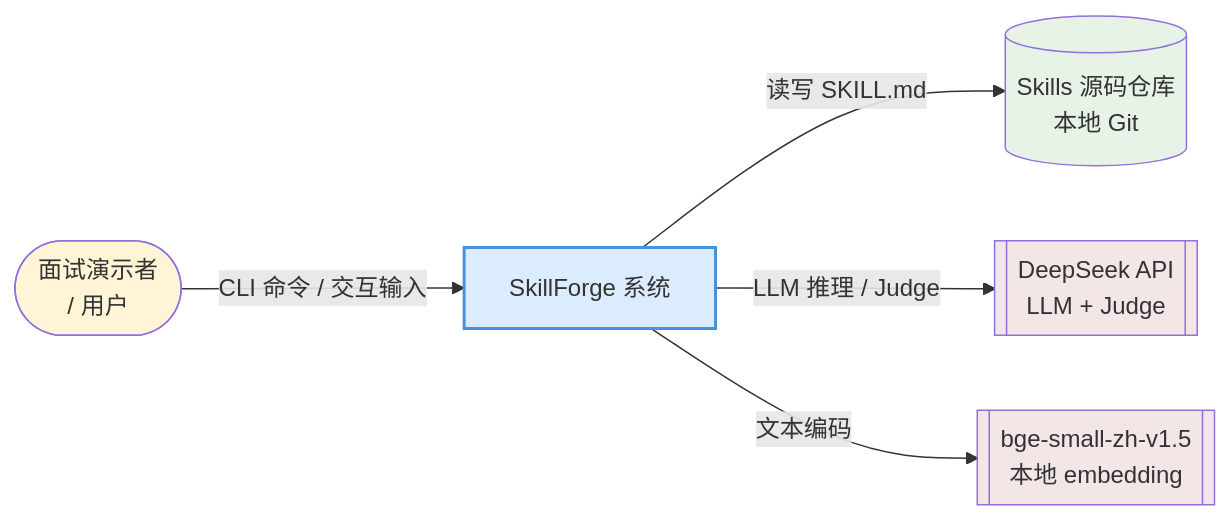
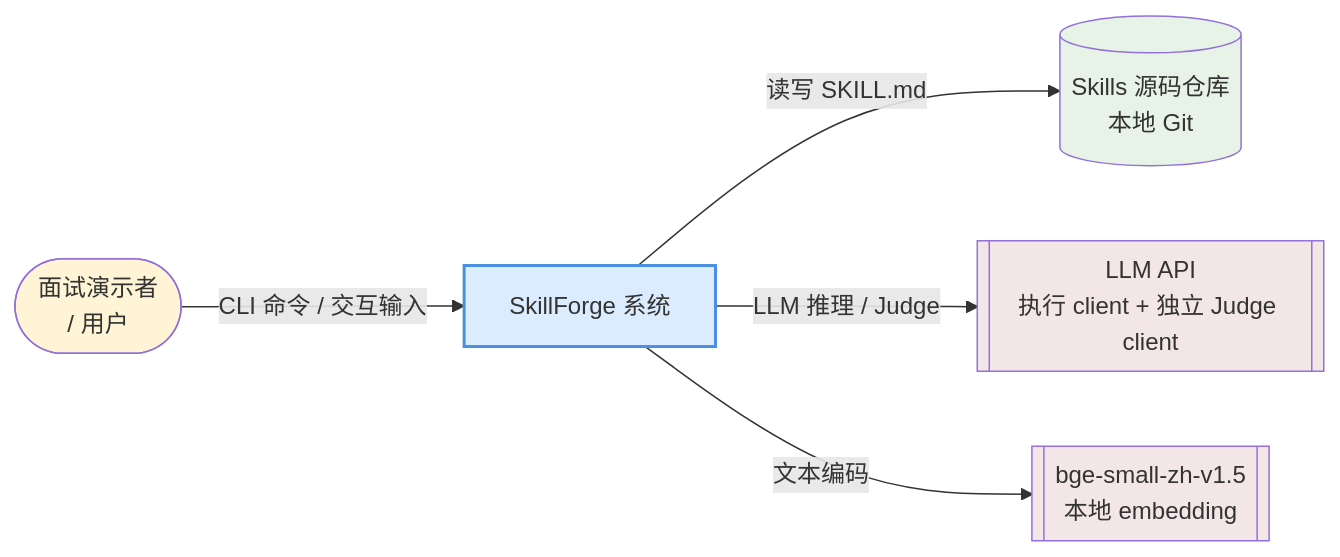
The first of 8 diagrams in ARCHITECTURE.md (SuperGODOG/skillforge), drawn with Mermaid before and after one commit. The commit also changed other lines of this file and 15 other files, not shown here.

````diff
--- a/ARCHITECTURE.md
+++ b/ARCHITECTURE.md
@@ -30,19 +30,19 @@
 ```mermaid
 graph LR
     User([面试演示者<br/>/ 用户])
     Skill[(Skills 源码仓库<br/>本地 Git)]
-    DS[[DeepSeek API<br/>LLM + Judge]]
+    DS[[LLM API<br/>执行 client + 独立 Judge client]]
     Bge[[bge-small-zh-v1.5<br/>本地 embedding]]
 
     User -->|CLI 命令 / 交互输入| SF
     SF[SkillForge 系统]
     SF -->|读写 SKILL.md| Skill
     SF -->|LLM 推理 / Judge| DS
     SF -->|文本编码| Bge
 
     style SF fill:#dcecff,stroke:#4a90e2,stroke-width:2px
     style User fill:#fff5d6
     style Skill fill:#e6f3e6
     style DS fill:#f3e6e6
     style Bge fill:#f3e6e6
 ```
````
